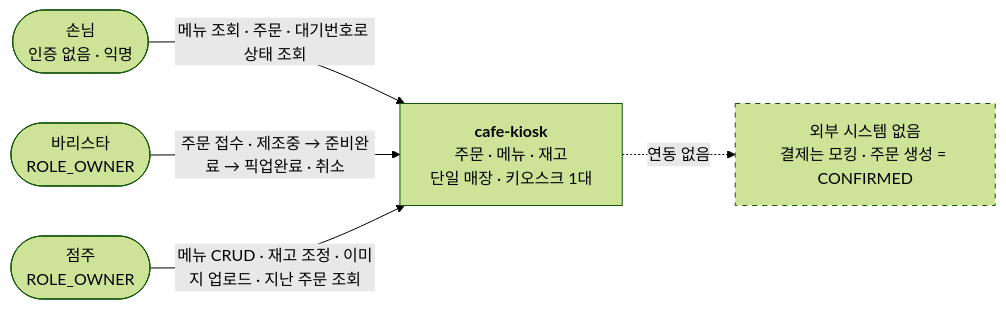
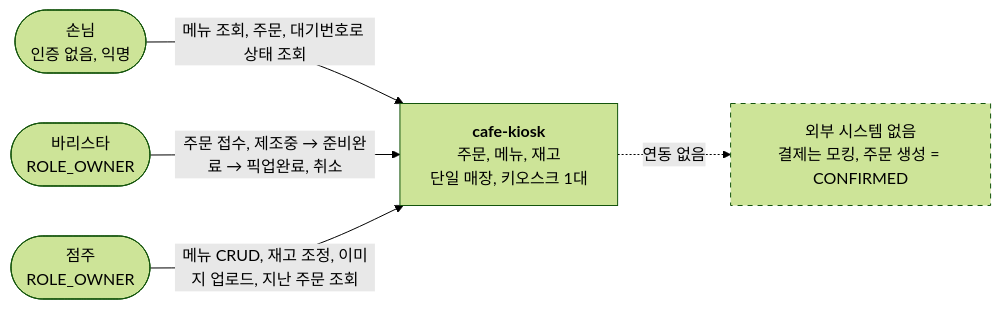
The first of 8 diagrams in docs/design/architecture.md (hhyukk/cafe-kiosk), drawn with Mermaid (forest theme) before and after one commit. The commit also changed other lines of this file and 12 other files, not shown here.

````diff
--- a/docs/design/architecture.md
+++ b/docs/design/architecture.md
@@ -34,17 +34,17 @@
 ```mermaid
 flowchart LR
-    GUEST(["손님<br/>인증 없음 · 익명"])
+    GUEST(["손님<br/>인증 없음, 익명"])
     BARISTA(["바리스타<br/>ROLE_OWNER"])
     OWNER(["점주<br/>ROLE_OWNER"])
 
-    SYS["<b>cafe-kiosk</b><br/>주문 · 메뉴 · 재고<br/>단일 매장 · 키오스크 1대"]
+    SYS["<b>cafe-kiosk</b><br/>주문, 메뉴, 재고<br/>단일 매장, 키오스크 1대"]
 
-    GUEST -->|"메뉴 조회 · 주문 · 대기번호로 상태 조회"| SYS
-    BARISTA -->|"주문 접수 · 제조중 → 준비완료 → 픽업완료 · 취소"| SYS
-    OWNER -->|"메뉴 CRUD · 재고 조정 · 이미지 업로드 · 지난 주문 조회"| SYS
+    GUEST -->|"메뉴 조회, 주문, 대기번호로 상태 조회"| SYS
+    BARISTA -->|"주문 접수, 제조중 → 준비완료 → 픽업완료, 취소"| SYS
+    OWNER -->|"메뉴 CRUD, 재고 조정, 이미지 업로드, 지난 주문 조회"| SYS
 
-    EXT["외부 시스템 없음<br/>결제는 모킹 · 주문 생성 = CONFIRMED"]
+    EXT["외부 시스템 없음<br/>결제는 모킹, 주문 생성 = CONFIRMED"]
     SYS -.->|"연동 없음"| EXT
 
     style EXT stroke-dasharray: 5 5
 ```
````
